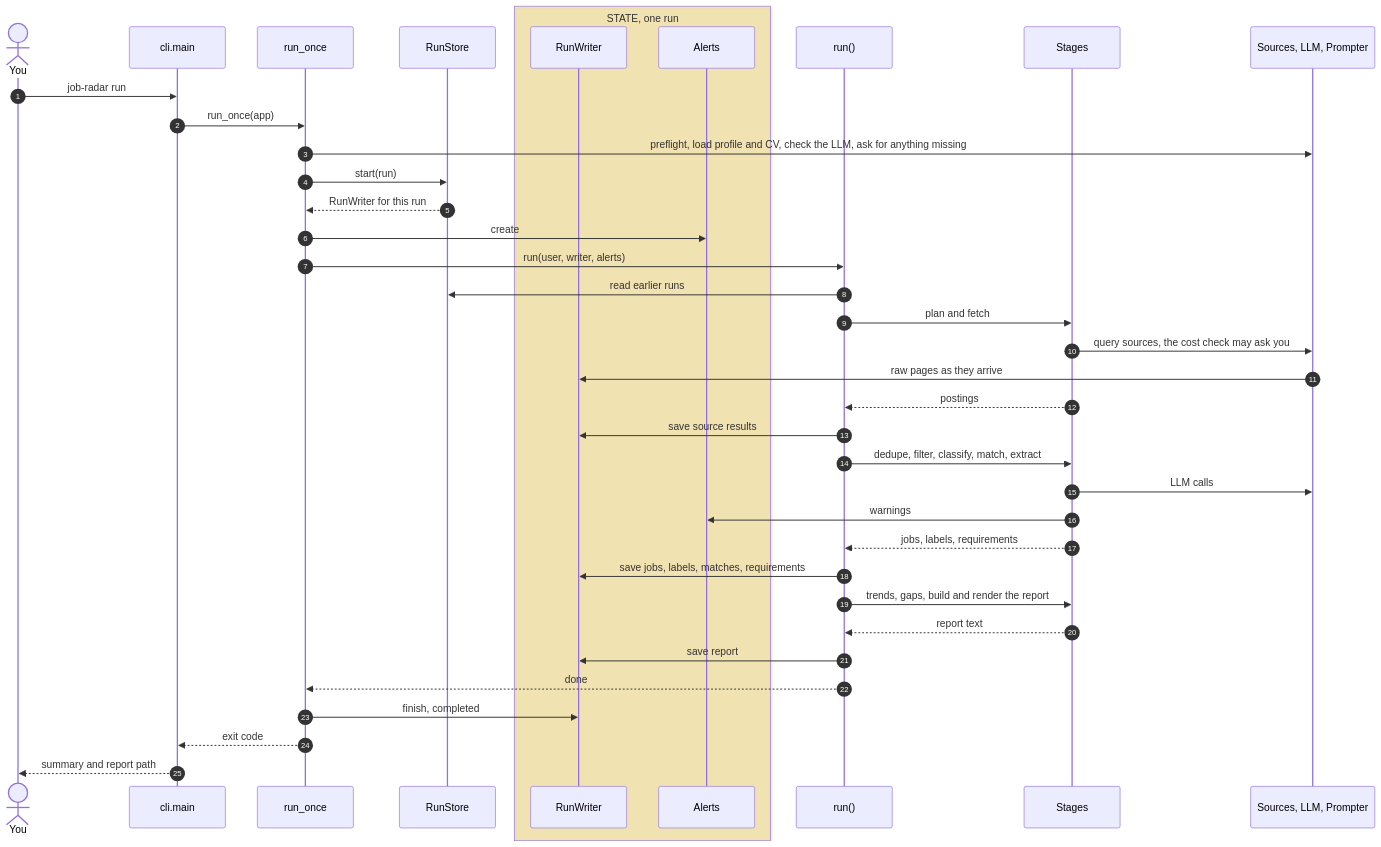
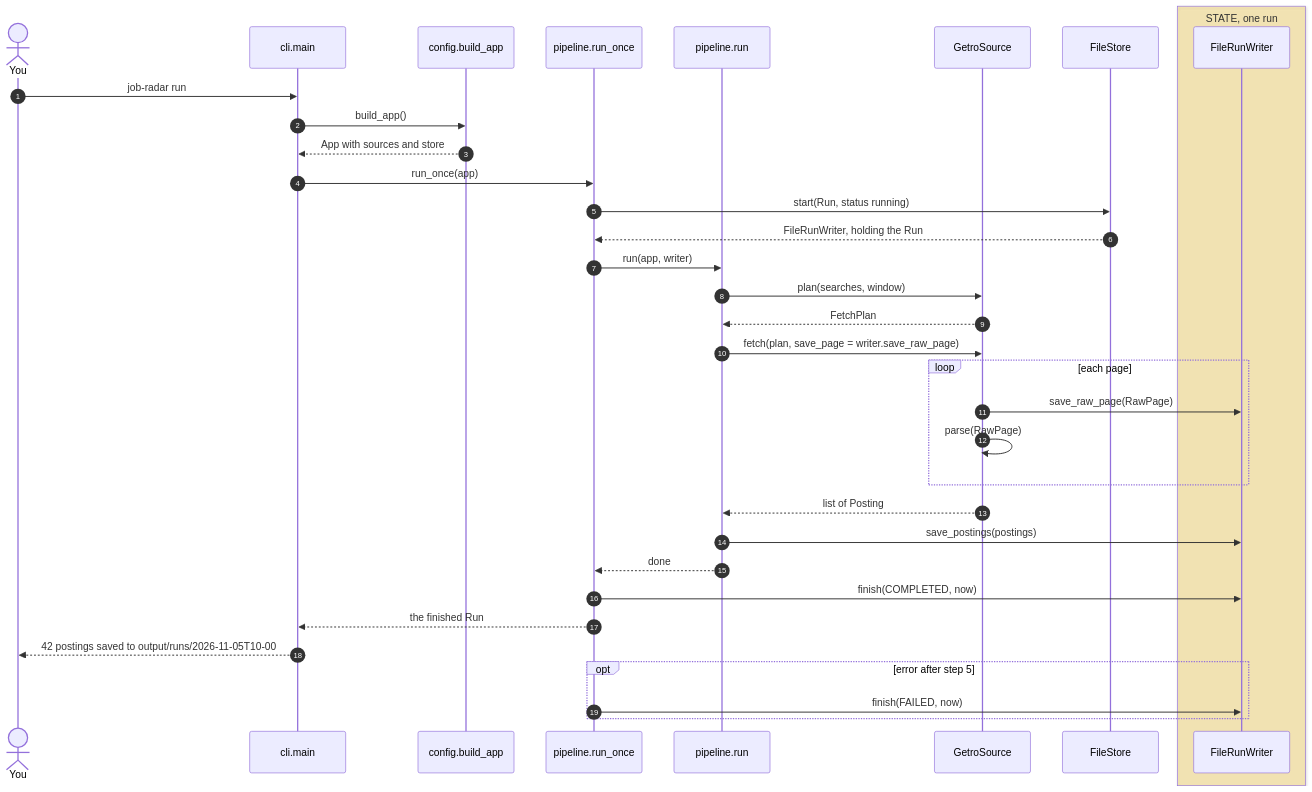
The second of 2 diagrams in docs/architecture.md (adailida/job-radar), drawn with Mermaid before and after one commit. The commit also changed other lines of this file, not shown here.

First line of the commit message:
Redraw architecture as real classes with typed relationships

````diff
--- a/docs/architecture.md
+++ b/docs/architecture.md
@@ -60,41 +131,38 @@
 ```mermaid
 sequenceDiagram
     autonumber
     actor U as You
-    participant CLI as cli.main
-    participant Once as run_once
-    participant Store as RunStore
+    participant cli as cli.main
+    participant cfg as config.build_app
+    participant once as pipeline.run_once
+    participant run as pipeline.run
+    participant src as GetroSource
+    participant fs as FileStore
     box rgba(255, 193, 7, 0.25) STATE, one run
-        participant W as RunWriter
-        participant A as Alerts
+        participant w as FileRunWriter
     end
-    participant Run as run()
-    participant St as Stages
-    participant Ext as Sources, LLM, Prompter
 
-    U->>CLI: job-radar run
-    CLI->>Once: run_once(app)
-    Once->>Ext: preflight, load profile and CV, check the LLM, ask for anything missing
-    Once->>Store: start(run)
-    Store-->>Once: RunWriter for this run
-    Once->>A: create
-    Once->>Run: run(user, writer, alerts)
-    Run->>Store: read earlier runs
-    Run->>St: plan and fetch
-    St->>Ext: query sources, the cost check may ask you
-    Ext->>W: raw pages as they arrive
-    St-->>Run: postings
-    Run->>W: save source results
-    Run->>St: dedupe, filter, classify, match, extract
-    St->>Ext: LLM calls
-    St->>A: warnings
-    St-->>Run: jobs, labels, requirements
-    Run->>W: save jobs, labels, matches, requirements
-    Run->>St: trends, gaps, build and render the report
-    St-->>Run: report text
-    Run->>W: save report
-    Run-->>Once: done
-    Once->>W: finish, completed
-    Once-->>CLI: exit code
-    CLI-->>U: summary and report path
+    U->>cli: job-radar run
+    cli->>cfg: build_app()
+    cfg-->>cli: App with sources and store
+    cli->>once: run_once(app)
+    once->>fs: start(Run, status running)
+    fs-->>once: FileRunWriter, holding the Run
+    once->>run: run(app, writer)
+    run->>src: plan(searches, window)
+    src-->>run: FetchPlan
+    run->>src: fetch(plan, save_page = writer.save_raw_page)
+    loop each page
+        src->>w: save_raw_page(RawPage)
+        src->>src: parse(RawPage)
+    end
+    src-->>run: list of Posting
+    run->>w: save_postings(postings)
+    run-->>once: done
+    once->>w: finish(COMPLETED, now)
+    once-->>cli: the finished Run
+    cli-->>U: 42 postings saved to output/runs/2026-11-05T10-00
+    opt error after step 5
+        once->>w: finish(FAILED, now)
+    end
 ```
````
